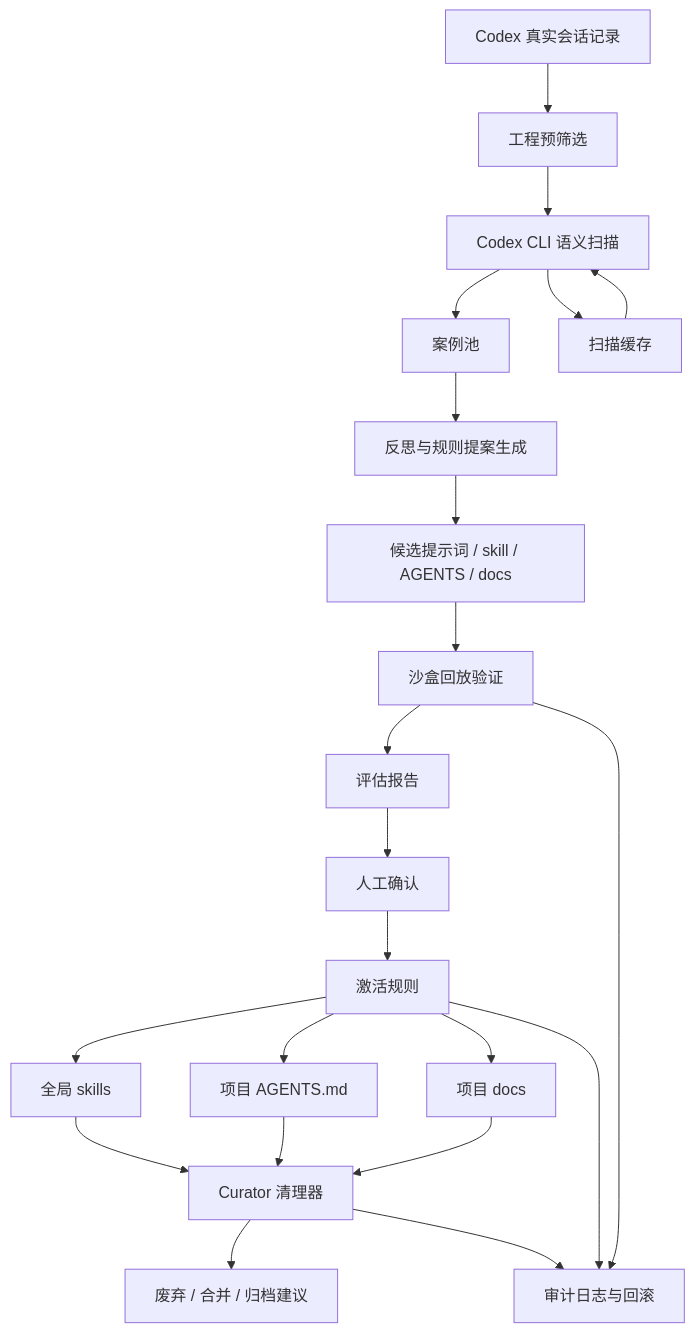
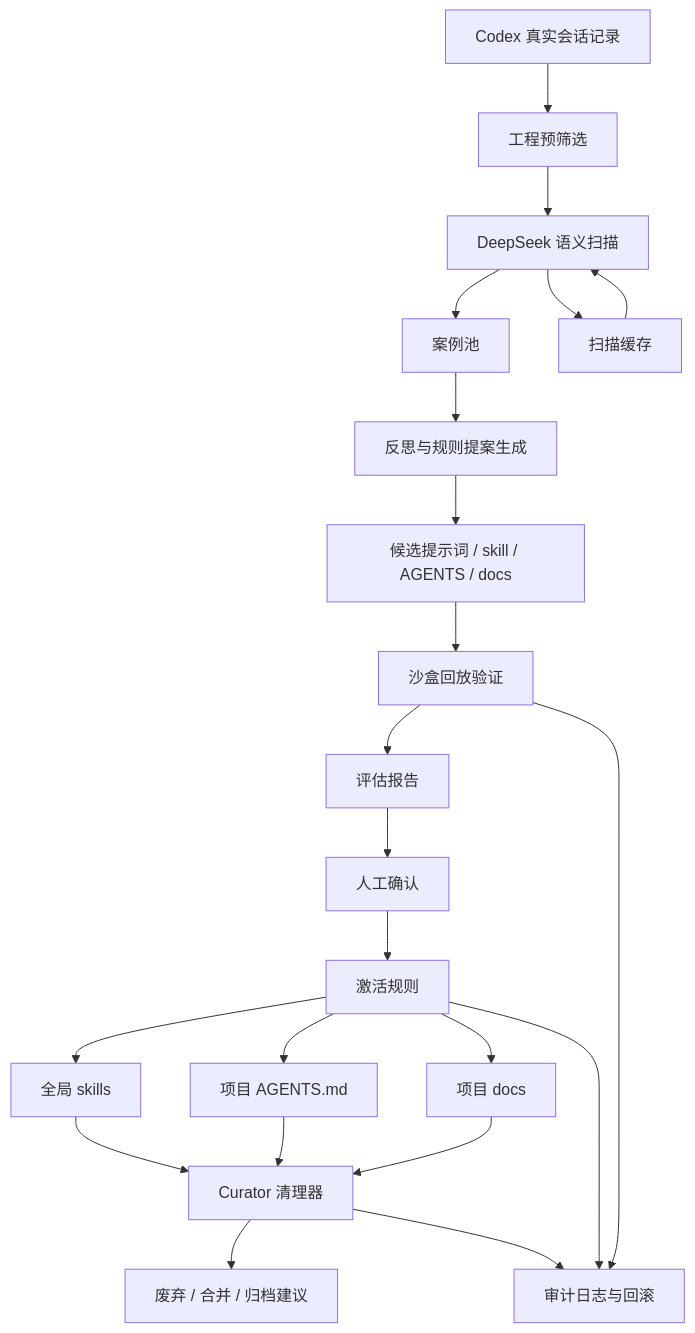
One commit to code4101/codeyun changed the first of 3 diagrams in docs/EvoMind自发觉自迭代机制设计.md. Above: the diagram before and after it, drawn with Mermaid. The commit also changed other lines of this file and 64 other files, not shown here.

````diff
--- a/docs/EvoMind自发觉自迭代机制设计.md
+++ b/docs/EvoMind自发觉自迭代机制设计.md
@@ -181,28 +181,28 @@
 ```mermaid
 flowchart TD
     A["Codex 真实会话记录"] --> B["工程预筛选"]
-    B --> C["Codex CLI 语义扫描"]
+    B --> C["DeepSeek 语义扫描"]
     C --> D["案例池"]
     C --> E["扫描缓存"]
     E --> C
 
     D --> F["反思与规则提案生成"]
     F --> G["候选提示词 / skill / AGENTS / docs"]
     G --> H["沙盒回放验证"]
     H --> I["评估报告"]
     I --> J["人工确认"]
 
     J --> K["激活规则"]
     K --> L["全局 skills"]
     K --> M["项目 AGENTS.md"]
     K --> N["项目 docs"]
 
     L --> O["Curator 清理器"]
     M --> O
     N --> O
     O --> P["废弃 / 合并 / 归档建议"]
 
     K --> Q["审计日志与回滚"]
     H --> Q
     O --> Q
 ```
````
